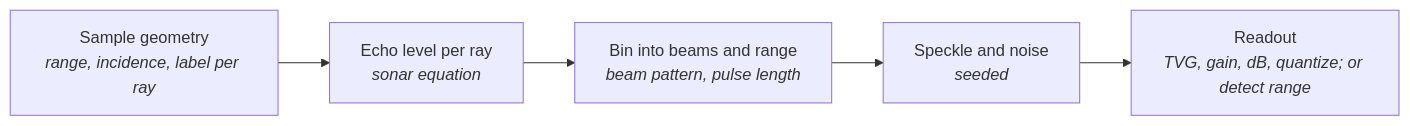
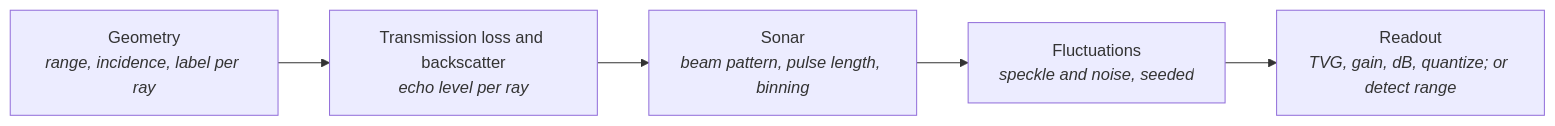
One commit to HonuRobotics/gz-maritime changed the diagram in docs/design/sonar.md. Above: the diagram before and after it, drawn with Mermaid. The commit also changed other lines of this file, not shown here.

First line of the commit message:
Sonar design: the model by its sonar-equation components

````diff
--- a/docs/design/sonar.md
+++ b/docs/design/sonar.md
@@ -98,7 +97,7 @@
 ```mermaid
 flowchart LR
-  G["Sample geometry<br/><i>range, incidence, label per ray</i>"] --> E["Echo level per ray<br/><i>sonar equation</i>"]
-  E --> B["Bin into beams and range<br/><i>beam pattern, pulse length</i>"]
-  B --> S["Speckle and noise<br/><i>seeded</i>"]
+  G["Geometry<br/><i>range, incidence, label per ray</i>"] --> E["Transmission loss and backscatter<br/><i>echo level per ray</i>"]
+  E --> B["Sonar<br/><i>beam pattern, pulse length, binning</i>"]
+  B --> S["Fluctuations<br/><i>speckle and noise, seeded</i>"]
   S --> R["Readout<br/><i>TVG, gain, dB, quantize; or detect range</i>"]
 ```
````
